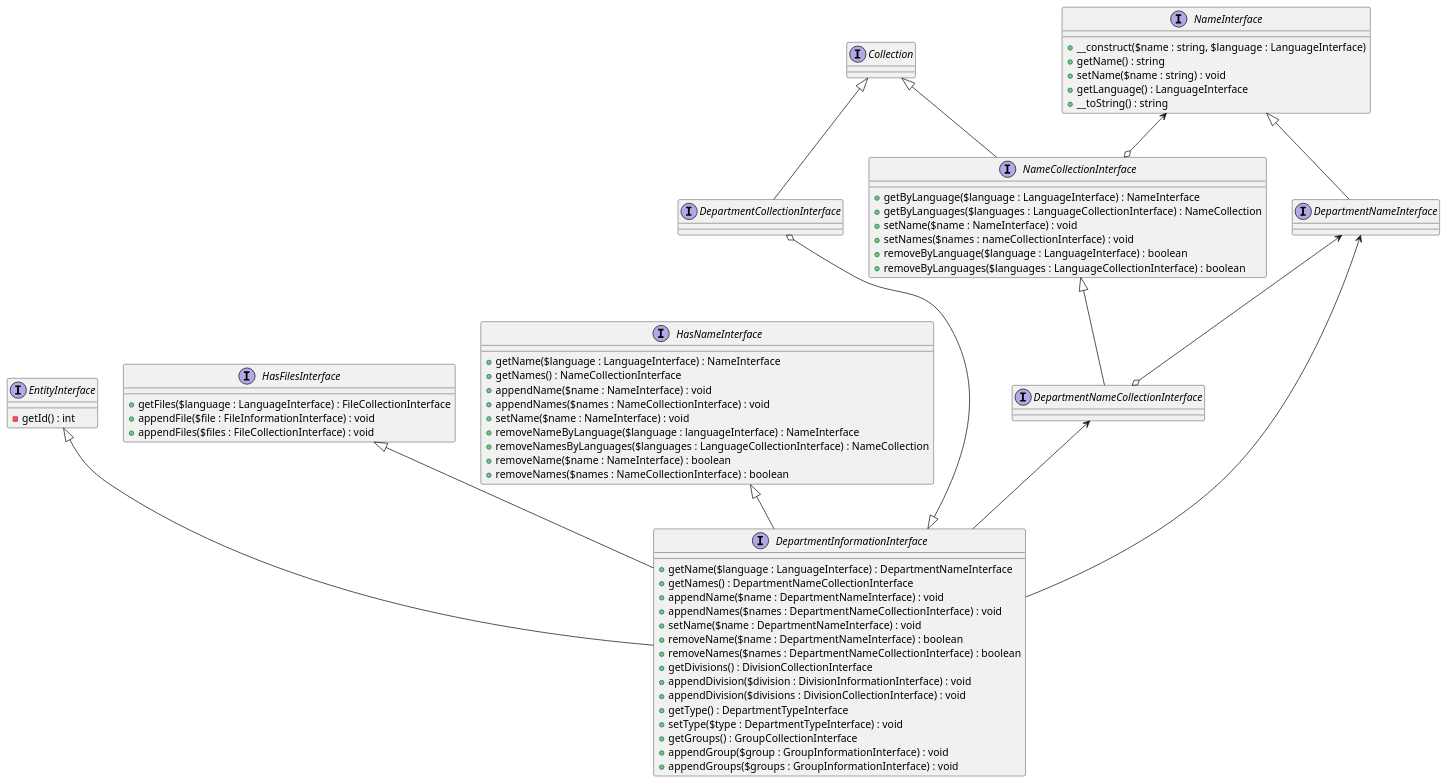
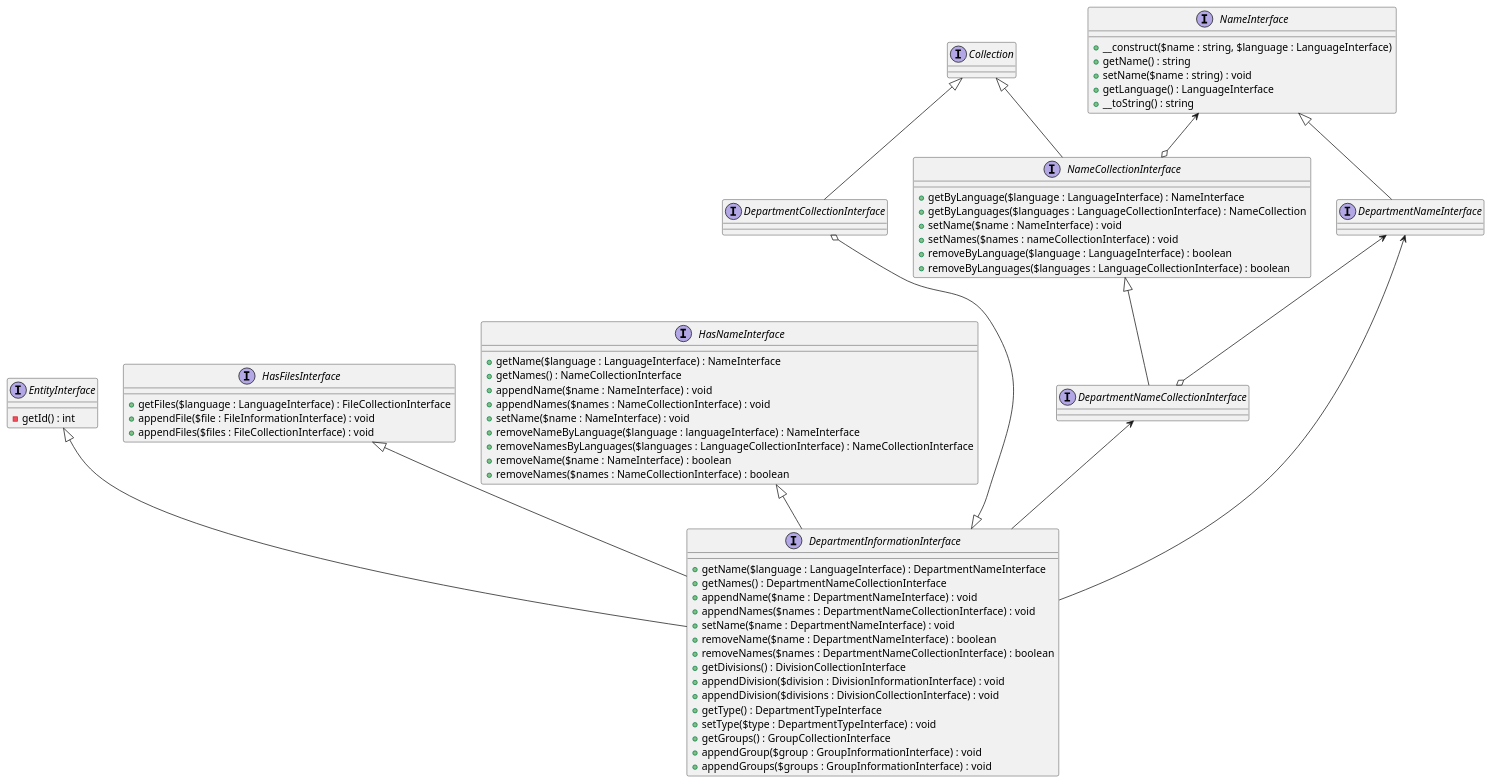
One commit to NUOCW/ocw-cms changed the diagram in doc/diagram/NUOCW/CoreBundle/Entity/Department/DepartmentInformation.puml. Above: the diagram before and after it, drawn with PlantUML. The commit also changed 1 other file, not shown here.

```diff
--- a/doc/diagram/NUOCW/CoreBundle/Entity/Department/DepartmentInformation.puml
+++ b/doc/diagram/NUOCW/CoreBundle/Entity/Department/DepartmentInformation.puml
@@ -1,87 +1,87 @@
 @startuml
 
 interface EntityInterface{
     -getId() : int
 }
 
 interface HasFilesInterface{
     +getFiles($language : LanguageInterface) : FileCollectionInterface
     +appendFile($file : FileInformationInterface) : void
     +appendFiles($files : FileCollectionInterface) : void
 }
 
 interface HasNameInterface{
     +getName($language : LanguageInterface) : NameInterface
     +getNames() : NameCollectionInterface
     +appendName($name : NameInterface) : void
     +appendNames($names : NameCollectionInterface) : void
     +setName($name : NameInterface) : void
     +removeNameByLanguage($language : languageInterface) : NameInterface
-    +removeNamesByLanguages($languages : LanguageCollectionInterface) : NameCollection
+    +removeNamesByLanguages($languages : LanguageCollectionInterface) : NameCollectionInterface
     +removeName($name : NameInterface) : boolean
     +removeNames($names : NameCollectionInterface) : boolean
 }
 
 interface DepartmentCollectionInterface{
 }
 
 interface DepartmentInformationInterface{
    +getName($language : LanguageInterface) : DepartmentNameInterface
    +getNames() : DepartmentNameCollectionInterface
    +appendName($name : DepartmentNameInterface) : void
    +appendNames($names : DepartmentNameCollectionInterface) : void
    +setName($name : DepartmentNameInterface) : void
    +removeName($name : DepartmentNameInterface) : boolean
    +removeNames($names : DepartmentNameCollectionInterface) : boolean
    +getDivisions() : DivisionCollectionInterface
    +appendDivision($division : DivisionInformationInterface) : void
    +appendDivision($divisions : DivisionCollectionInterface) : void
    +getType() : DepartmentTypeInterface
    +setType($type : DepartmentTypeInterface) : void
    +getGroups() : GroupCollectionInterface
    +appendGroup($group : GroupInformationInterface) : void
    +appendGroups($groups : GroupInformationInterface) : void
 }
 
 interface Collection{
 }
 
 interface DepartmentNameInterface{
 }
 
 interface NameInterface{
     +__construct($name : string, $language : LanguageInterface)
     +getName() : string
     +setName($name : string) : void
     +getLanguage() : LanguageInterface
     +__toString() : string
 }
 
 interface DepartmentNameCollectionInterface{
 }
 
 interface NameCollectionInterface{
     +getByLanguage($language : LanguageInterface) : NameInterface
     +getByLanguages($languages : LanguageCollectionInterface) : NameCollection
     +setName($name : NameInterface) : void
     +setNames($names : nameCollectionInterface) : void
     +removeByLanguage($language : LanguageInterface) : boolean
     +removeByLanguages($languages : LanguageCollectionInterface) : boolean
 }
 
 EntityInterface <|-- DepartmentInformationInterface
 HasFilesInterface <|-- DepartmentInformationInterface
 HasNameInterface <|-- DepartmentInformationInterface
 DepartmentCollectionInterface o--|> DepartmentInformationInterface
 DepartmentNameInterface <-- DepartmentInformationInterface
 DepartmentNameCollectionInterface <-- DepartmentInformationInterface
 
 DepartmentNameInterface <--o DepartmentNameCollectionInterface
 NameCollectionInterface <|-- DepartmentNameCollectionInterface
 
 NameInterface <|-- DepartmentNameInterface
 NameInterface <--o NameCollectionInterface
 
 Collection <|--NameCollectionInterface
 Collection <|-- DepartmentCollectionInterface
 @enduml
```
